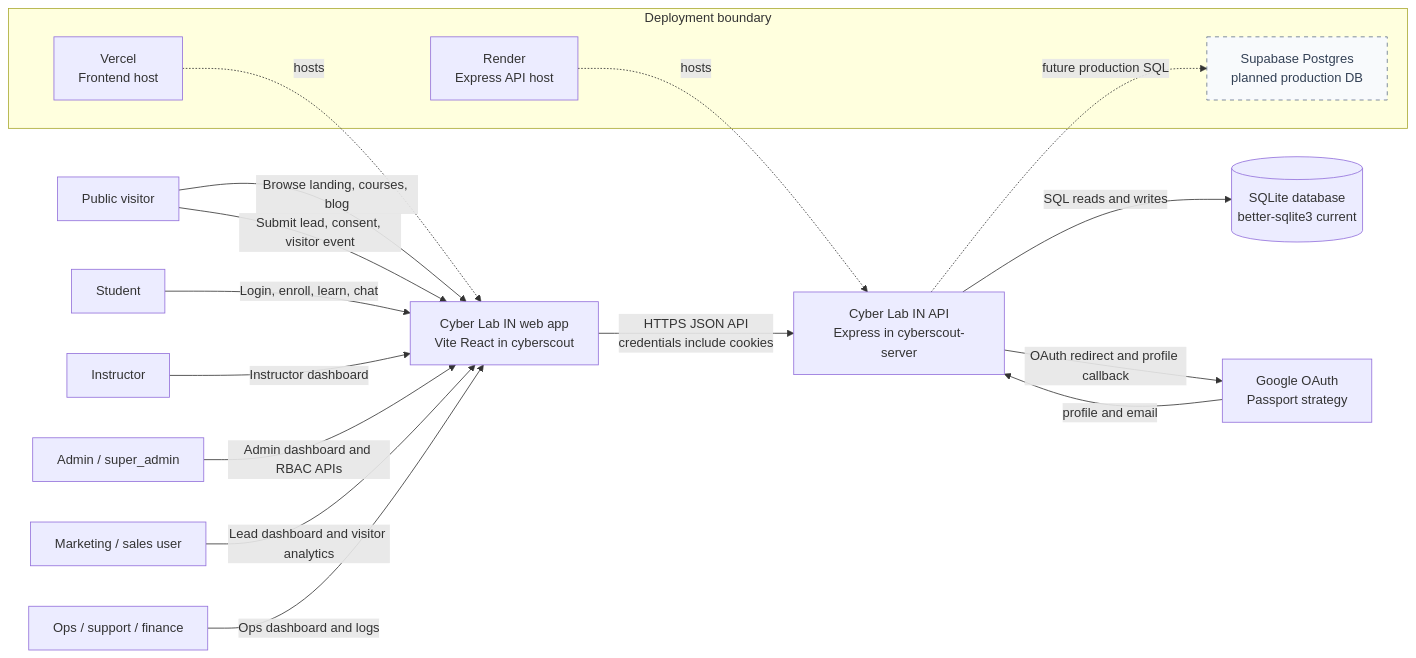
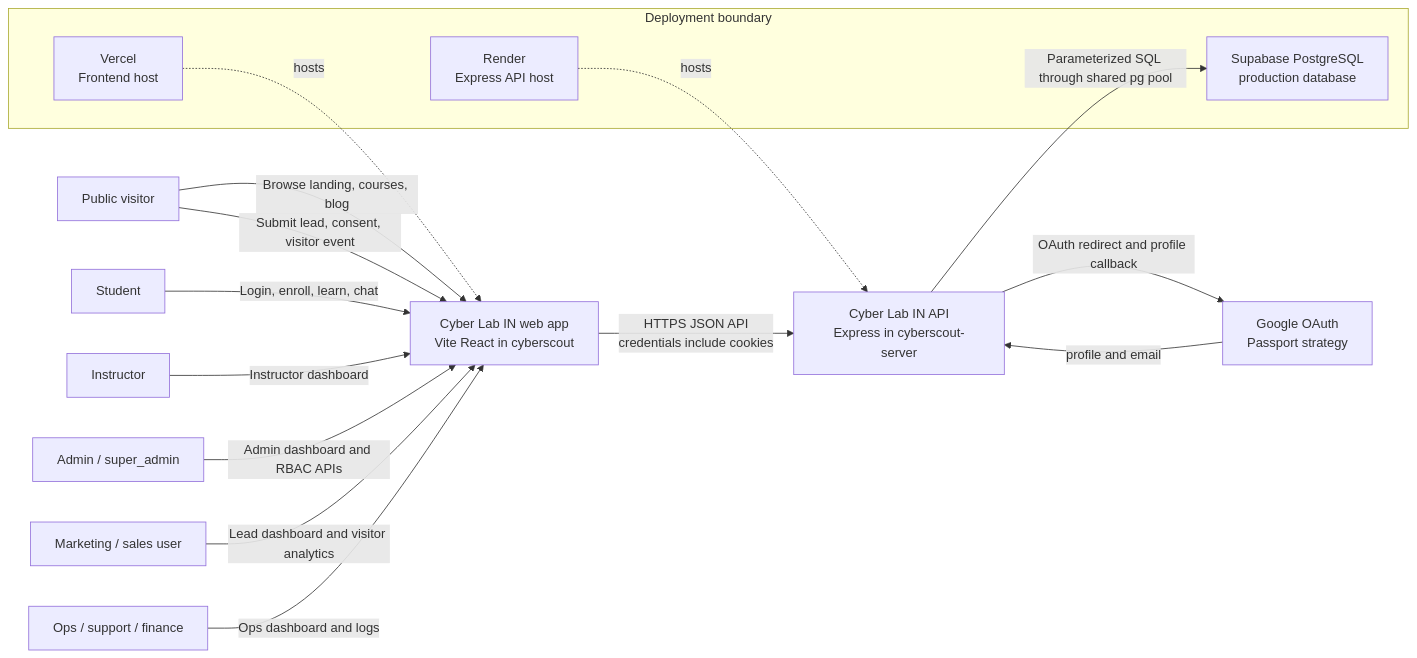
Before and after one commit to arghyasikdar02/cli-monorepo: the first of 2 diagrams in docs/diagrams/DFD.md, drawn with Mermaid. The commit also changed other lines of this file and 30 other files, not shown here.

````diff
--- a/docs/diagrams/DFD.md
+++ b/docs/diagrams/DFD.md
@@ -15,40 +14,36 @@
 ```mermaid
 flowchart LR
   PublicVisitor["Public visitor"]
   Student["Student"]
   Instructor["Instructor"]
   Admin["Admin / super_admin"]
   Marketing["Marketing / sales user"]
   Ops["Ops / support / finance"]
 
   subgraph Hosting["Deployment boundary"]
     Vercel["Vercel\nFrontend host"]
     Render["Render\nExpress API host"]
-    Supabase["Supabase Postgres\nplanned production DB"]
+    Supabase["Supabase PostgreSQL\nproduction database"]
   end
 
   Frontend["Cyber Lab IN web app\nVite React in cyberscout"]
   Backend["Cyber Lab IN API\nExpress in cyberscout-server"]
-  SQLite[("SQLite database\nbetter-sqlite3 current")]
   GoogleOAuth["Google OAuth\nPassport strategy"]
 
   PublicVisitor -->|"Browse landing, courses, blog"| Frontend
   PublicVisitor -->|"Submit lead, consent, visitor event"| Frontend
   Student -->|"Login, enroll, learn, chat"| Frontend
   Instructor -->|"Instructor dashboard"| Frontend
   Admin -->|"Admin dashboard and RBAC APIs"| Frontend
   Marketing -->|"Lead dashboard and visitor analytics"| Frontend
   Ops -->|"Ops dashboard and logs"| Frontend
 
   Vercel -. hosts .-> Frontend
   Render -. hosts .-> Backend
 
   Frontend -->|"HTTPS JSON API\ncredentials include cookies"| Backend
-  Backend -->|"SQL reads and writes"| SQLite
-  Backend -. "future production SQL" .-> Supabase
+  Backend -->|"Parameterized SQL through shared pg pool"| Supabase
   Backend -->|"OAuth redirect and profile callback"| GoogleOAuth
   GoogleOAuth -->|"profile and email"| Backend
 
-  classDef planned fill:#f8fafc,stroke:#64748b,stroke-dasharray:5 5,color:#334155
-  class Supabase planned
 ```
````
